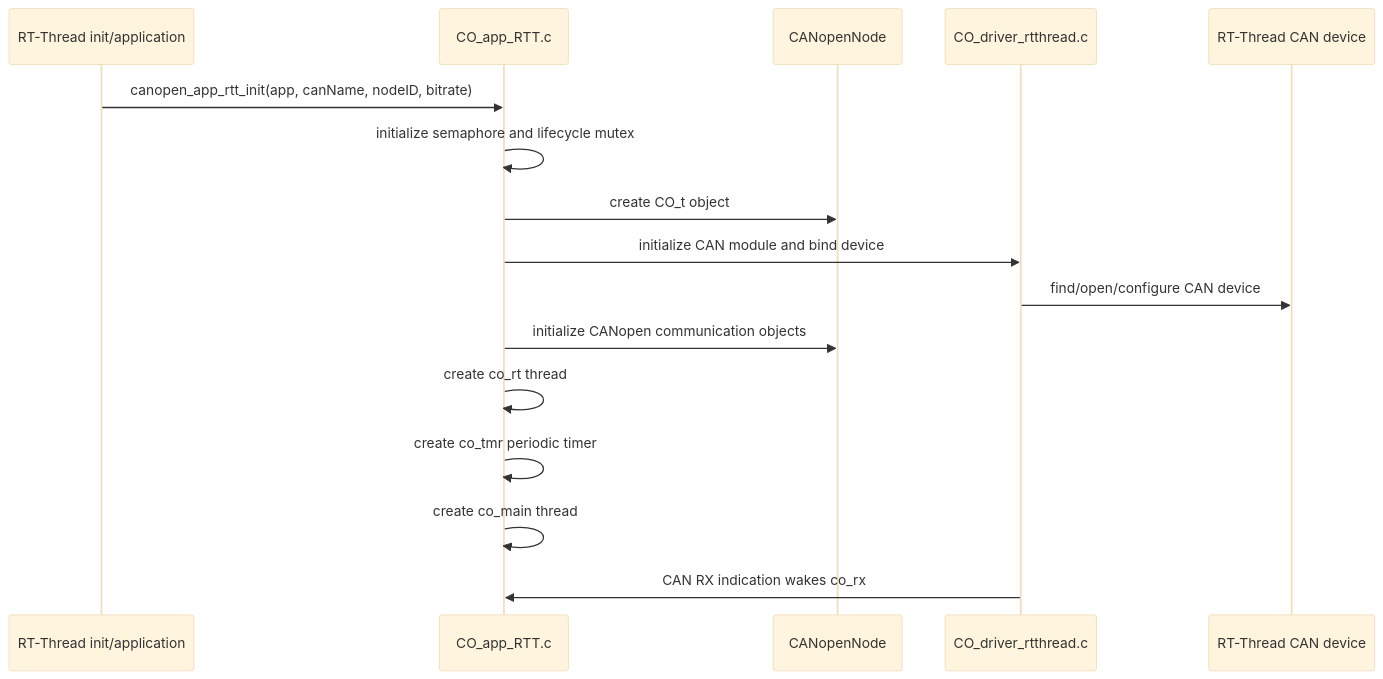
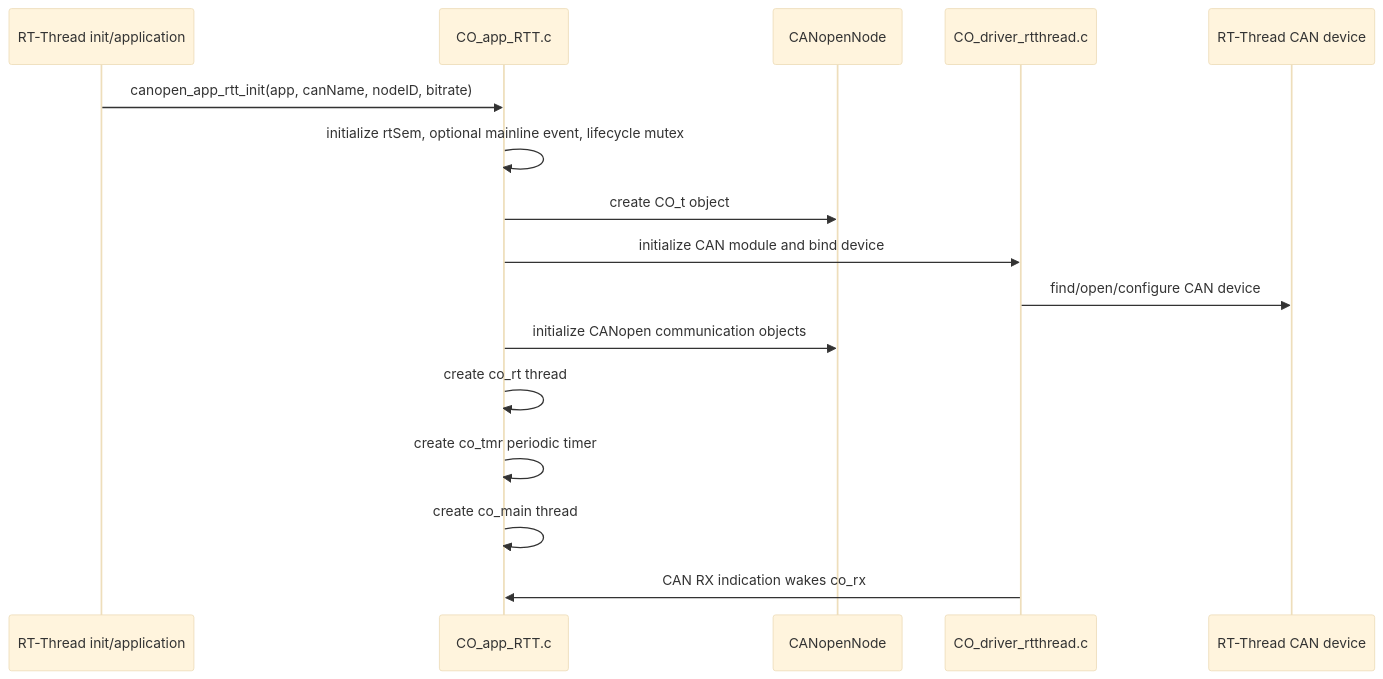
Before and after one commit to wdfk-prog/canopennode-rtt: the second of 3 diagrams in docs/en/rt-thread-integration.md, drawn with Mermaid (base theme). The commit also changed other lines of this file and 19 other files, not shown here.

First line of the commit message:
feat[canopennode][runtime]: add event-driven mainline scheduling

````diff
--- a/docs/en/rt-thread-integration.md
+++ b/docs/en/rt-thread-integration.md
@@ -62,19 +63,19 @@
 ```mermaid
 sequenceDiagram
     participant App as RT-Thread init/application
     participant Wrapper as CO_app_RTT.c
     participant Core as CANopenNode
     participant Driver as CO_driver_rtthread.c
     participant CAN as RT-Thread CAN device
 
     App->>Wrapper: canopen_app_rtt_init(app, canName, nodeID, bitrate)
-    Wrapper->>Wrapper: initialize semaphore and lifecycle mutex
+    Wrapper->>Wrapper: initialize rtSem, optional mainline event, lifecycle mutex
     Wrapper->>Core: create CO_t object
     Wrapper->>Driver: initialize CAN module and bind device
     Driver->>CAN: find/open/configure CAN device
     Wrapper->>Core: initialize CANopen communication objects
     Wrapper->>Wrapper: create co_rt thread
     Wrapper->>Wrapper: create co_tmr periodic timer
     Wrapper->>Wrapper: create co_main thread
     Driver->>Wrapper: CAN RX indication wakes co_rx
 ```
````
